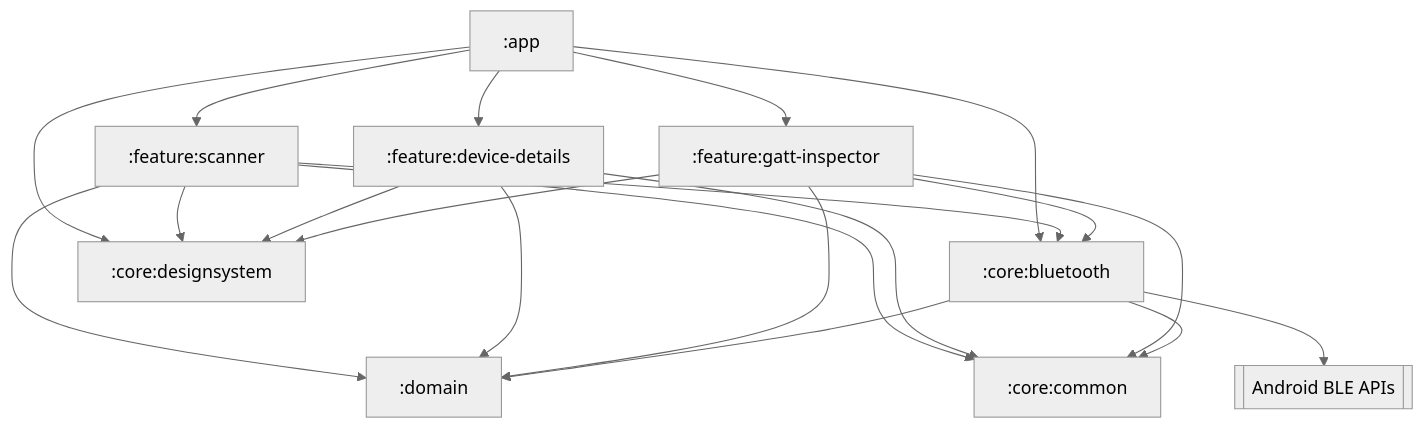
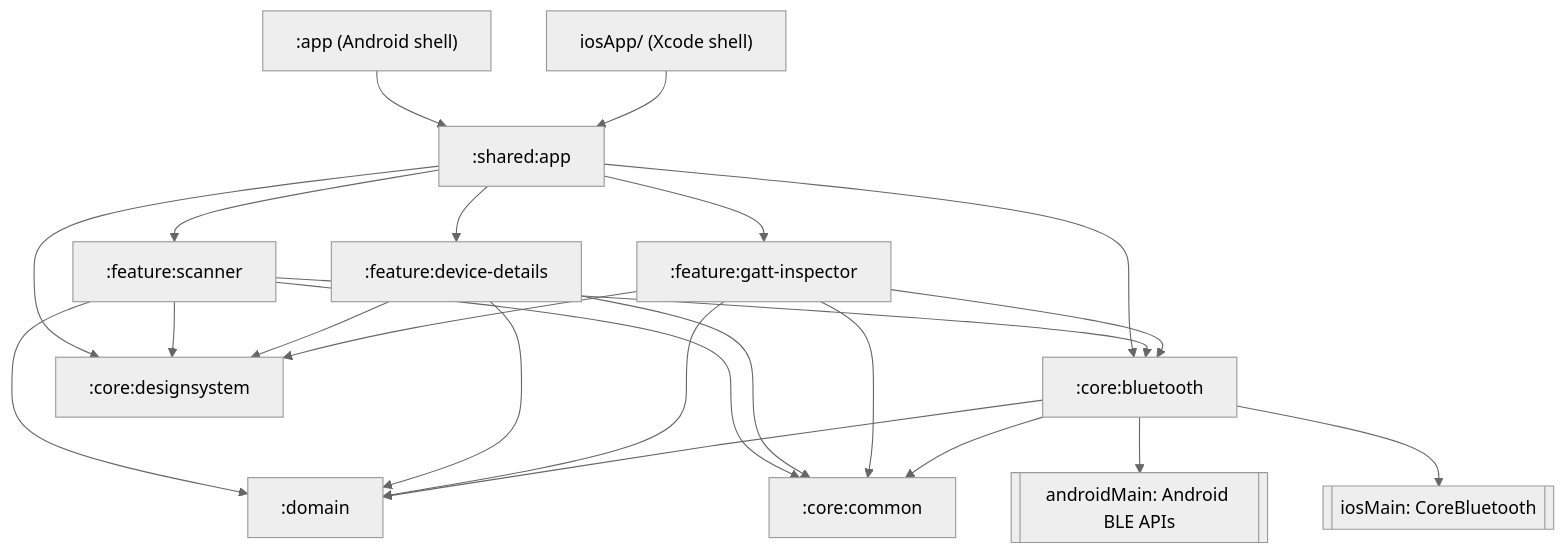
The first of 3 diagrams in README.md (radustavila/My-Ble-Sense), drawn with Mermaid (neutral theme) before and after one commit. The commit also changed other lines of this file and 241 other files, not shown here.

````diff
--- a/README.md
+++ b/README.md
@@ -27,26 +28,29 @@
 ```mermaid
 graph TD
-    app[":app"] --> scanner[":feature:scanner"]
-    app --> details[":feature:device-details"]
-    app --> inspector[":feature:gatt-inspector"]
-    app --> bluetooth[":core:bluetooth"]
-    app --> ds[":core:designsystem"]
+    app[":app (Android shell)"] --> shared[":shared:app"]
+    ios["iosApp/ (Xcode shell)"] --> shared
+    shared --> scanner[":feature:scanner"]
+    shared --> details[":feature:device-details"]
+    shared --> inspector[":feature:gatt-inspector"]
+    shared --> bluetooth[":core:bluetooth"]
+    shared --> ds[":core:designsystem"]
 
     scanner --> domain[":domain"]
     scanner --> ds
     scanner --> common[":core:common"]
     scanner --> bluetooth
 
     details --> domain
     details --> ds
     details --> common
 
     inspector --> domain
     inspector --> ds
     inspector --> common
     inspector --> bluetooth
 
     bluetooth --> domain
     bluetooth --> common
-    bluetooth --> android[["Android BLE APIs"]]
+    bluetooth --> android[["androidMain: Android BLE APIs"]]
+    bluetooth --> corebt[["iosMain: CoreBluetooth"]]
 ```
````
